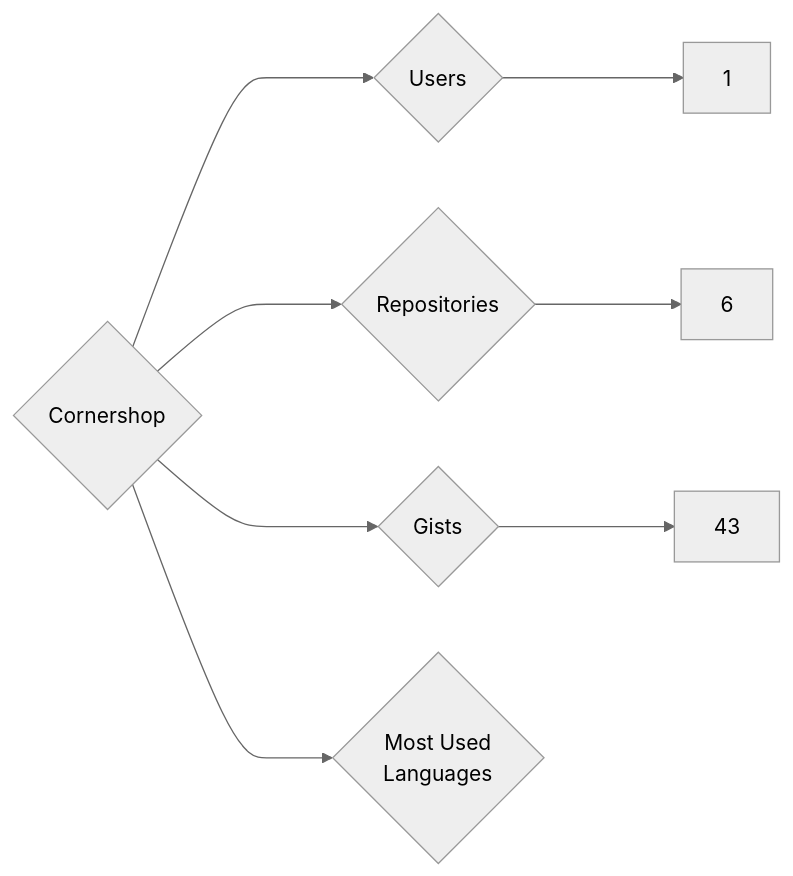
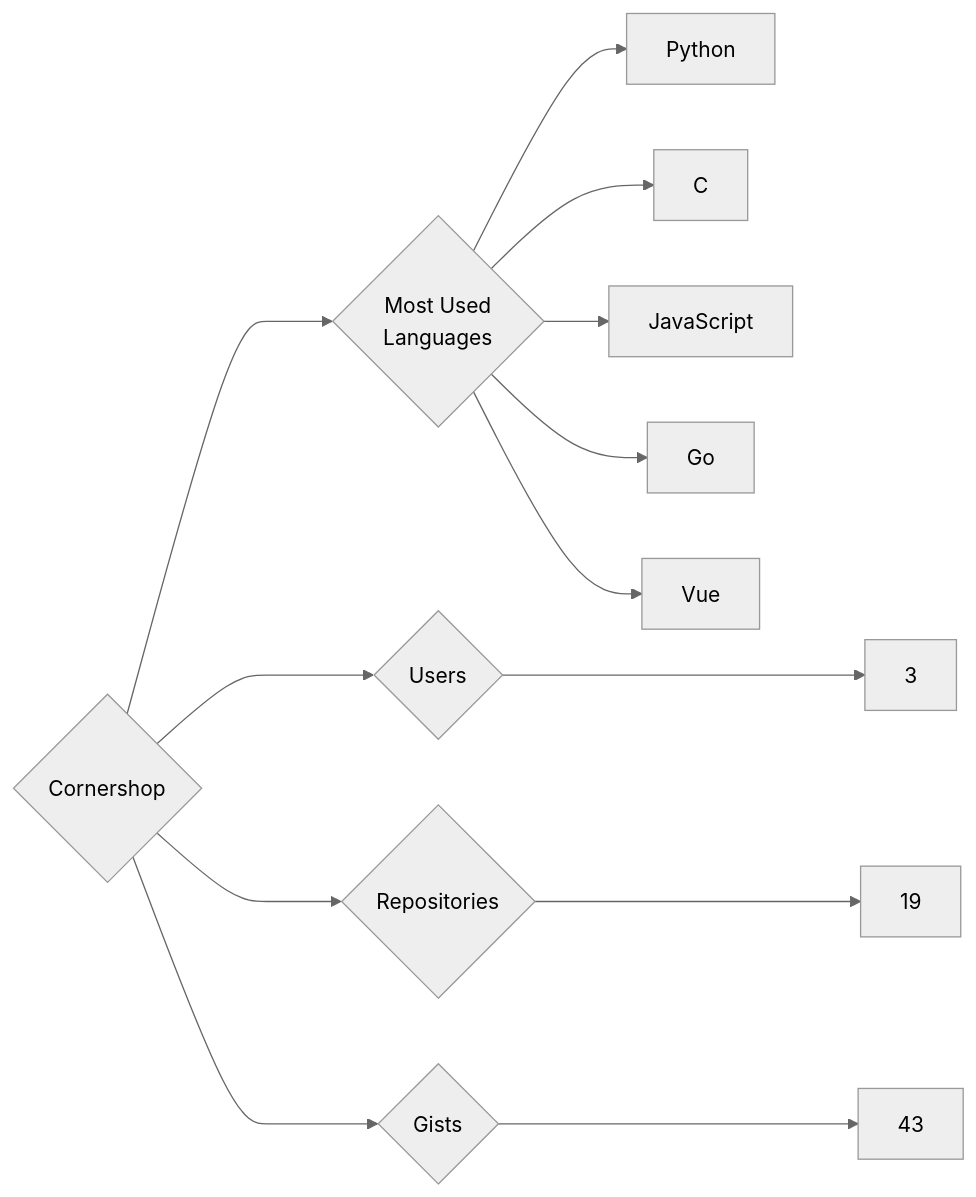
One commit to trickest/insiders changed the diagram in targets/Cornershop/README.md. Above: the diagram before and after it, drawn with Mermaid (neutral theme). The commit also changed 1149 other files, not shown here.

````diff
--- a/targets/Cornershop/README.md
+++ b/targets/Cornershop/README.md
@@ -3,8 +3,13 @@
 ```mermaid
 graph LR
 COMPANY_NAME{Cornershop}
-COMPANY_NAME ---> U{Users} ---> UN[1]
-COMPANY_NAME ---> R{Repositories} ---> RN[6]
+COMPANY_NAME ---> U{Users} ---> UN[3]
+COMPANY_NAME ---> R{Repositories} ---> RN[19]
 COMPANY_NAME ---> G{Gists} ---> GN[43]
 COMPANY_NAME ---> ML{Most Used<br>Languages}
+ML --> Python[Python]
+ML --> C[C]
+ML --> JavaScript[JavaScript]
+ML --> Go[Go]
+ML --> Vue[Vue]
 ```
````
